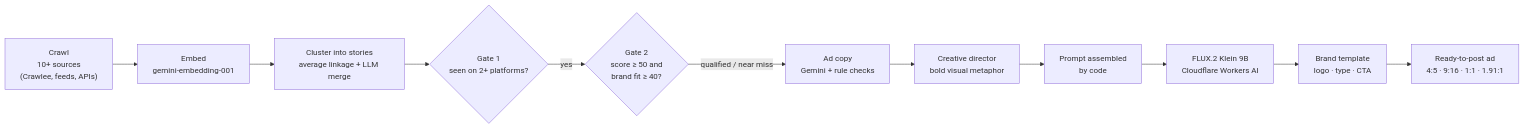
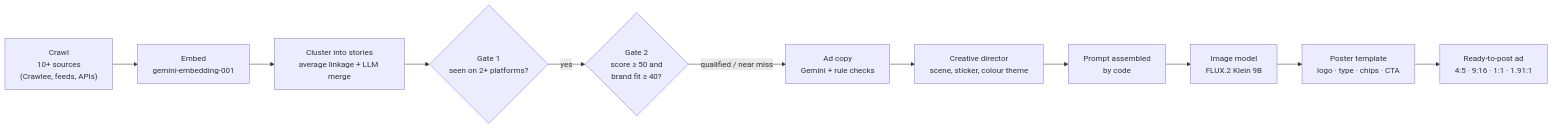
One commit to abhinav24020-cyber/r2c-trend-to-ad-pipeline changed the diagram in README.md. Above: the diagram before and after it, drawn with Mermaid. The commit also changed other lines of this file and 100 other files, not shown here.

Commit message:
Poster-style ads with colour themes and an image model benchmark

````diff
--- a/README.md
+++ b/README.md
@@ -34,13 +36,13 @@
 ```mermaid
 flowchart LR
     A["Crawl<br/>10+ sources<br/>(Crawlee, feeds, APIs)"] --> B["Embed<br/>gemini-embedding-001"]
     B --> C["Cluster into stories<br/>average linkage + LLM merge"]
     C --> D{"Gate 1<br/>seen on 2+ platforms?"}
     D -- yes --> E{"Gate 2<br/>score ≥ 50 and<br/>brand fit ≥ 40?"}
     E -- "qualified / near miss" --> F["Ad copy<br/>Gemini + rule checks"]
-    F --> G["Creative director<br/>bold visual metaphor"]
+    F --> G["Creative director<br/>scene, sticker, colour theme"]
     G --> H["Prompt assembled<br/>by code"]
-    H --> I["FLUX.2 Klein 9B<br/>Cloudflare Workers AI"]
-    I --> J["Brand template<br/>logo · type · CTA"]
+    H --> I["Image model<br/>FLUX.2 Klein 9B"]
+    I --> J["Poster template<br/>logo · type · chips · CTA"]
     J --> K["Ready-to-post ad<br/>4:5 · 9:16 · 1:1 · 1.91:1"]
 ```
````
